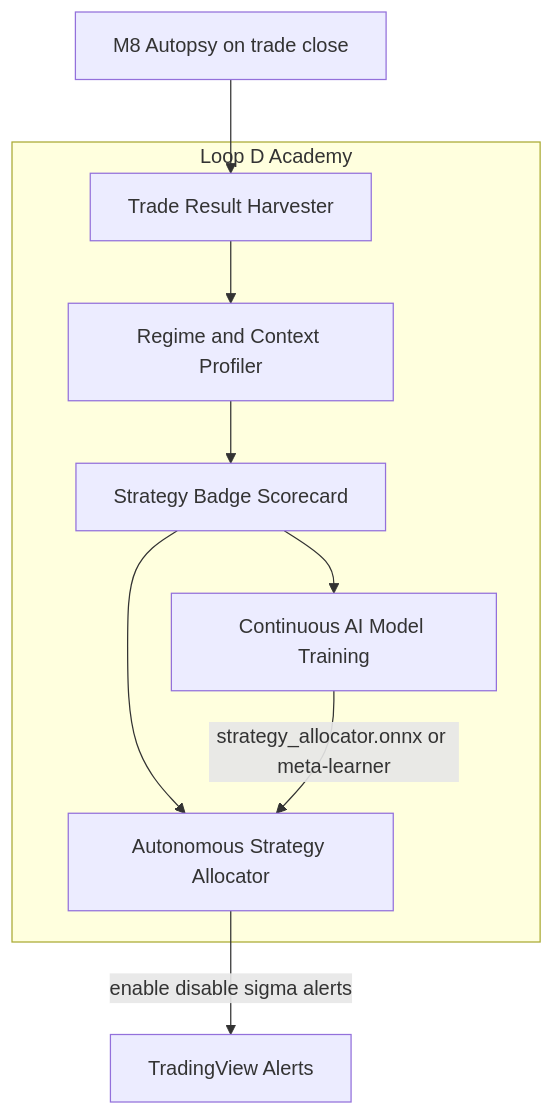
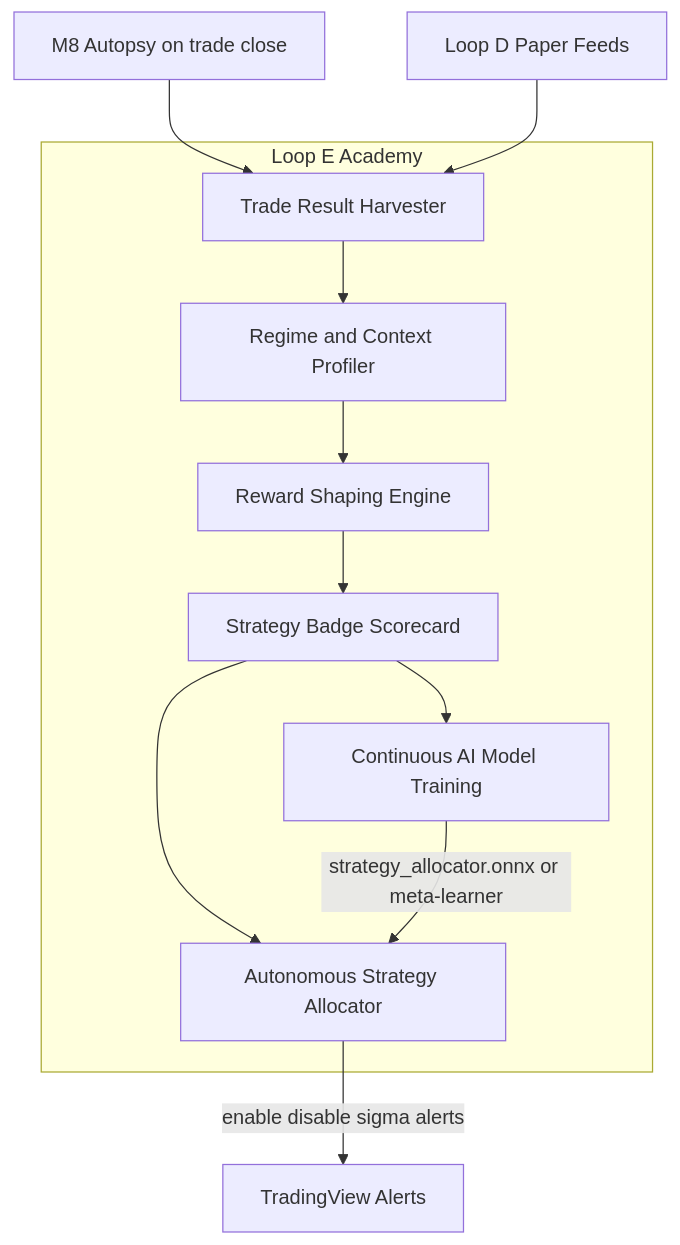
Before and after one commit to Finnlayy/Sigma: the sixth of 6 diagrams in docs/BLUEPRINT-SIGMA.md, drawn with Mermaid. The commit also changed other lines of this file and 1 other file, not shown here.

````diff
--- a/docs/BLUEPRINT-SIGMA.md
+++ b/docs/BLUEPRINT-SIGMA.md
@@ -872,16 +911,18 @@
 ```mermaid
 flowchart TB
-  subgraph loopD [Loop D Academy]
+  subgraph loopE [Loop E Academy]
     Harvest[Trade Result Harvester]
     Regime[Regime and Context Profiler]
+    Reward[Reward Shaping Engine]
     Badges[Strategy Badge Scorecard]
     Train[Continuous AI Model Training]
     Alloc[Autonomous Strategy Allocator]
   end
   M8[M8 Autopsy on trade close] --> Harvest
-  Harvest --> Regime --> Badges
+  ScoutFeed[Loop D Paper Feeds] --> Harvest
+  Harvest --> Regime --> Reward --> Badges
   Badges --> Train
   Badges --> Alloc
   Alloc -->|"enable disable sigma alerts"| TVAlerts[TradingView Alerts]
   Train -->|"strategy_allocator.onnx or meta-learner"| Alloc
 ```
````
